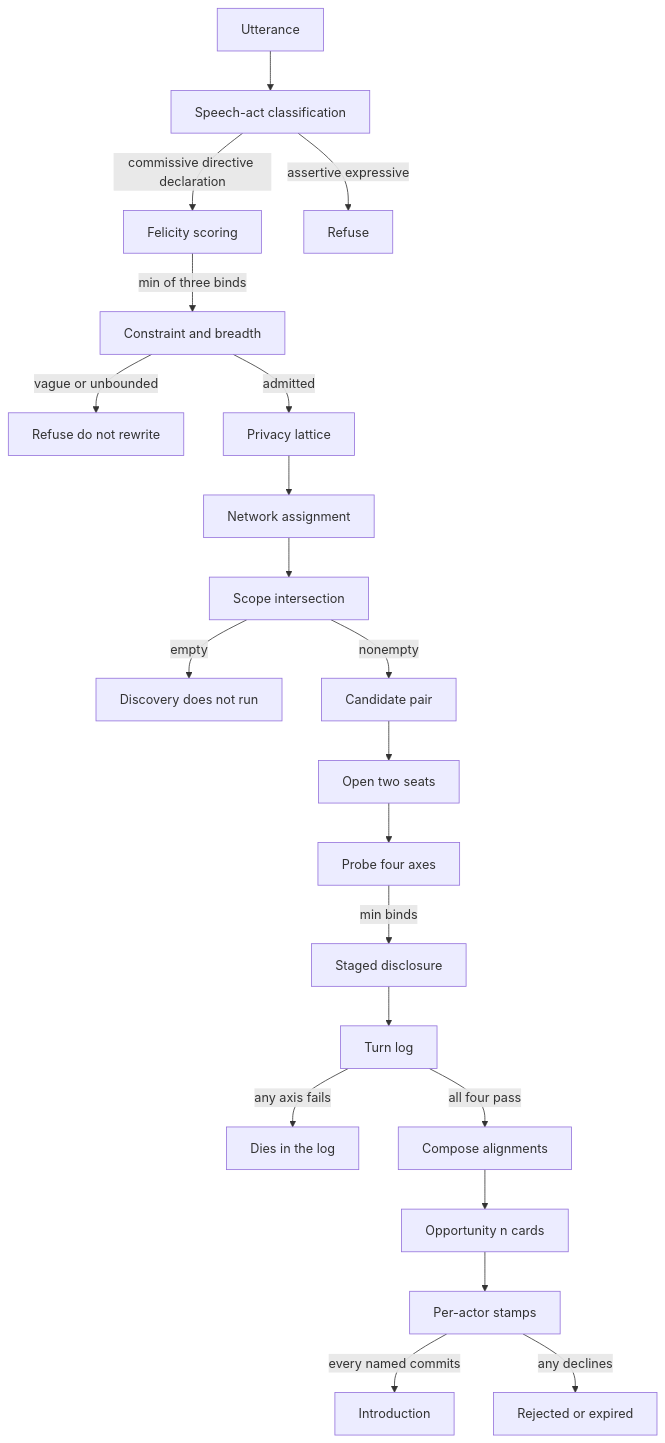
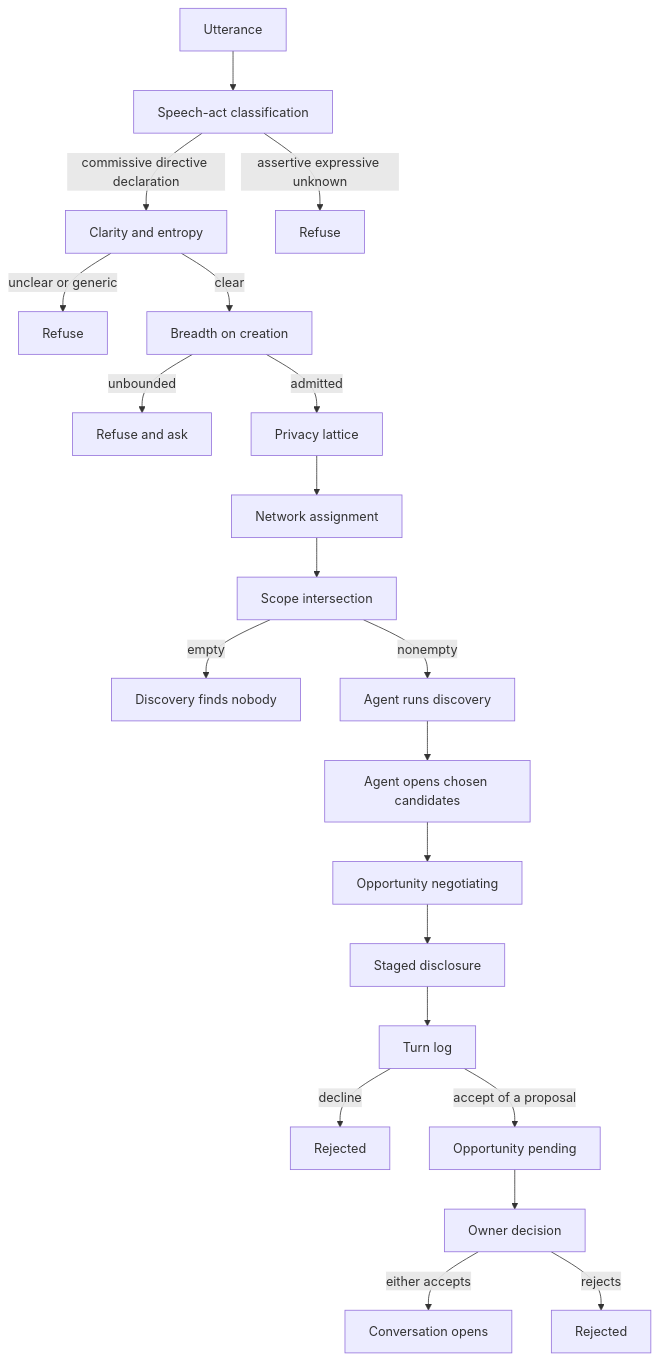
Before and after one commit to indexnetwork/index: the diagram in apps/docs/src/pages/index.mdx, drawn with Mermaid. The commit also changed other lines of this file and 13 other files, not shown here.

````diff
--- a/apps/docs/src/pages/index.mdx
+++ b/apps/docs/src/pages/index.mdx
@@ -14,23 +15,23 @@
 ```mermaid
 flowchart TD
     Utterance[Utterance] --> Classify[Speech-act classification]
-    Classify -->|commissive directive declaration| Felicity[Felicity scoring]
-    Classify -->|assertive expressive| DropNoise[Refuse]
-    Felicity -->|min of three binds| Breadth[Constraint and breadth]
-    Breadth -->|vague or unbounded| DropVague[Refuse do not rewrite]
+    Classify -->|commissive directive declaration| Clarity[Clarity and entropy]
+    Classify -->|assertive expressive unknown| DropNoise[Refuse]
+    Clarity -->|unclear or generic| DropVague[Refuse]
+    Clarity -->|clear| Breadth[Breadth on creation]
+    Breadth -->|unbounded| DropBroad[Refuse and ask]
     Breadth -->|admitted| Privacy[Privacy lattice]
     Privacy --> Assign[Network assignment]
     Assign --> Scope[Scope intersection]
-    Scope -->|empty| Deny[Discovery does not run]
-    Scope -->|nonempty| Pair[Candidate pair]
-    Pair --> Seats[Open two seats]
-    Seats --> Axes[Probe four axes]
-    Axes -->|min binds| Disclose[Staged disclosure]
+    Scope -->|empty| Deny[Discovery finds nobody]
+    Scope -->|nonempty| Discover[Agent runs discovery]
+    Discover --> Open[Agent opens chosen candidates]
+    Open --> Negotiating[Opportunity negotiating]
+    Negotiating --> Disclose[Staged disclosure]
     Disclose --> A2A[Turn log]
-    A2A -->|any axis fails| Dead[Dies in the log]
-    A2A -->|all four pass| Compose[Compose alignments]
-    Compose --> Surface[Opportunity n cards]
-    Surface --> Human[Per-actor stamps]
-    Human -->|every named commits| Intro[Introduction]
-    Human -->|any declines| Terminal[Rejected or expired]
+    A2A -->|decline| Rejected[Rejected]
+    A2A -->|accept of a proposal| Pending[Opportunity pending]
+    Pending --> Human[Owner decision]
+    Human -->|either accepts| Conversation[Conversation opens]
+    Human -->|rejects| Terminal[Rejected]
 ```
````
